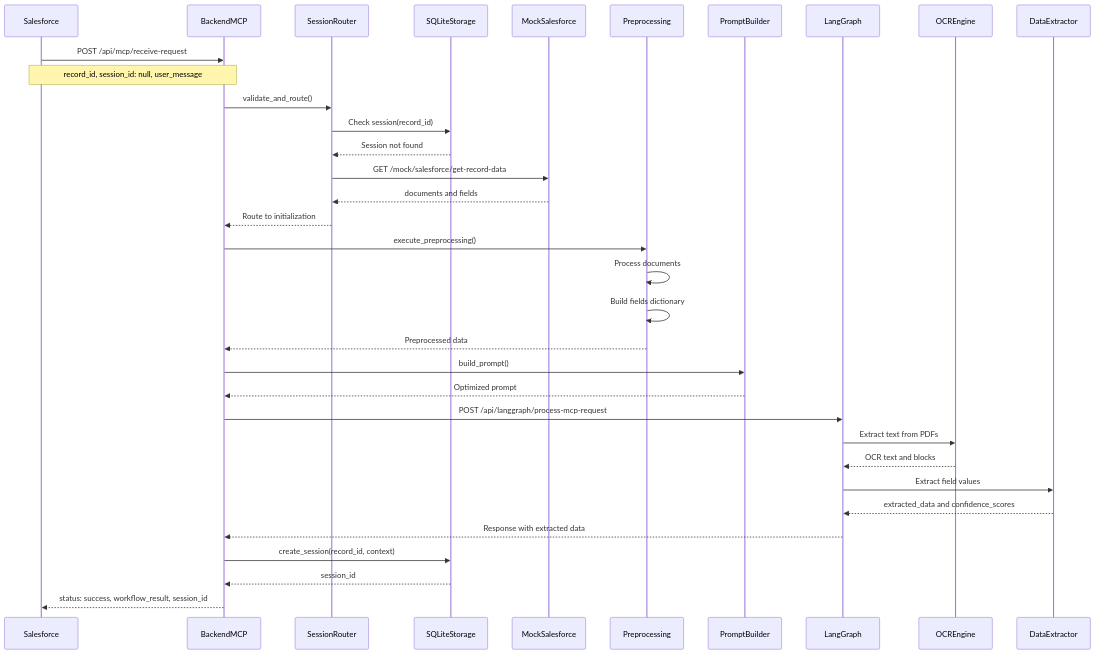
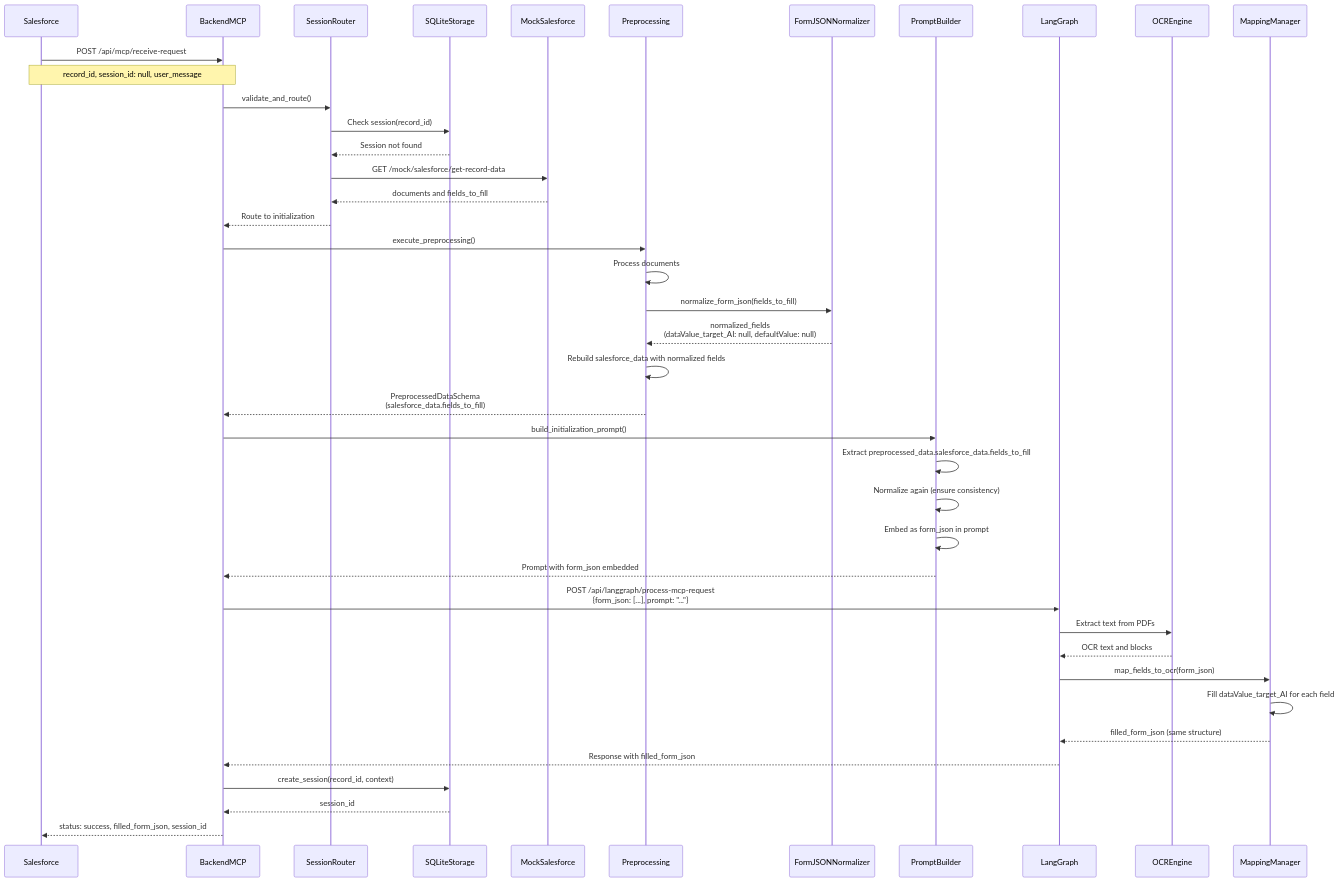
Before and after one commit to Yasser1AITLAZIZ/sfd-clm: the third of 6 diagrams in docs/ARCHITECTURE.md, drawn with Mermaid. The commit also changed other lines of this file and 40 other files, not shown here.

Commit message:
new architecture setup

````diff
--- a/docs/ARCHITECTURE.md
+++ b/docs/ARCHITECTURE.md
@@ -55,41 +89,48 @@
 ```mermaid
 sequenceDiagram
     participant SF as Salesforce
     participant MCP as BackendMCP
     participant Router as SessionRouter
     participant Storage as SQLiteStorage
     participant MSF as MockSalesforce
     participant Preproc as Preprocessing
+    participant Norm as FormJSONNormalizer
     participant Prompt as PromptBuilder
     participant LG as LangGraph
     participant OCR as OCREngine
-    participant Extractor as DataExtractor
+    participant Mapping as MappingManager
   
     SF->>MCP: POST /api/mcp/receive-request
     Note over SF,MCP: record_id, session_id: null, user_message
     MCP->>Router: validate_and_route()
     Router->>Storage: Check session(record_id)
     Storage-->>Router: Session not found
     Router->>MSF: GET /mock/salesforce/get-record-data
-    MSF-->>Router: documents and fields
+    MSF-->>Router: documents and fields_to_fill
     Router-->>MCP: Route to initialization
   
     MCP->>Preproc: execute_preprocessing()
     Preproc->>Preproc: Process documents
-    Preproc->>Preproc: Build fields dictionary
-    Preproc-->>MCP: Preprocessed data
+    Preproc->>Norm: normalize_form_json(fields_to_fill)
+    Norm-->>Preproc: normalized_fields<br/>(dataValue_target_AI: null, defaultValue: null)
+    Preproc->>Preproc: Rebuild salesforce_data with normalized fields
+    Preproc-->>MCP: PreprocessedDataSchema<br/>(salesforce_data.fields_to_fill)
   
-    MCP->>Prompt: build_prompt()
-    Prompt-->>MCP: Optimized prompt
+    MCP->>Prompt: build_initialization_prompt()
+    Prompt->>Prompt: Extract preprocessed_data.salesforce_data.fields_to_fill
+    Prompt->>Prompt: Normalize again (ensure consistency)
+    Prompt->>Prompt: Embed as form_json in prompt
+    Prompt-->>MCP: Prompt with form_json embedded
   
-    MCP->>LG: POST /api/langgraph/process-mcp-request
+    MCP->>LG: POST /api/langgraph/process-mcp-request<br/>{form_json: [...], prompt: "..."}
     LG->>OCR: Extract text from PDFs
     OCR-->>LG: OCR text and blocks
-    LG->>Extractor: Extract field values
-    Extractor-->>LG: extracted_data and confidence_scores
-    LG-->>MCP: Response with extracted data
+    LG->>Mapping: map_fields_to_ocr(form_json)
+    Mapping->>Mapping: Fill dataValue_target_AI for each field
+    Mapping-->>LG: filled_form_json (same structure)
+    LG-->>MCP: Response with filled_form_json
   
     MCP->>Storage: create_session(record_id, context)
     Storage-->>MCP: session_id
-    MCP-->>SF: status: success, workflow_result, session_id
+    MCP-->>SF: status: success, filled_form_json, session_id
 ```
````
